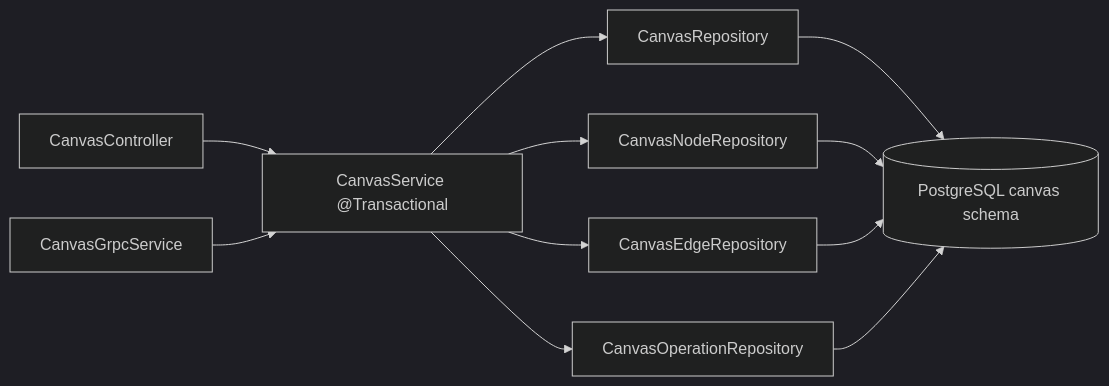
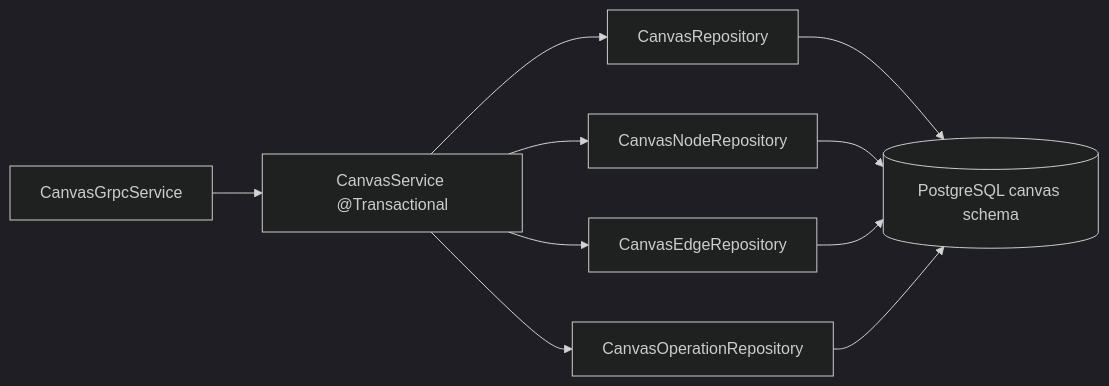
Before and after one commit to FuJacob/leetdoodle: the first of 6 diagrams in docs/backend/architecture/components.md, drawn with Mermaid (dark theme). The commit also changed other lines of this file and 10 other files, not shown here.

````diff
--- a/docs/backend/architecture/components.md
+++ b/docs/backend/architecture/components.md
@@ -7,22 +7,20 @@
 ```mermaid
 flowchart LR
-    CC[CanvasController]
     CG[CanvasGrpcService]
     CS[CanvasService @Transactional]
     CAR[CanvasRepository]
     CNR[CanvasNodeRepository]
     CER[CanvasEdgeRepository]
     COR[CanvasOperationRepository]
     PG[(PostgreSQL canvas schema)]
 
-    CC --> CS
     CG --> CS
     CS --> CAR
     CS --> CNR
     CS --> CER
     CS --> COR
     CAR --> PG
     CNR --> PG
     CER --> PG
     COR --> PG
 ```
````
